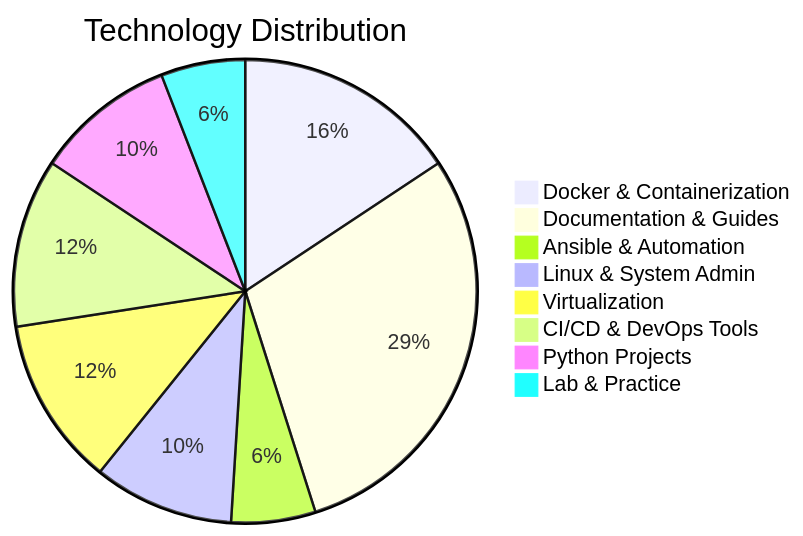
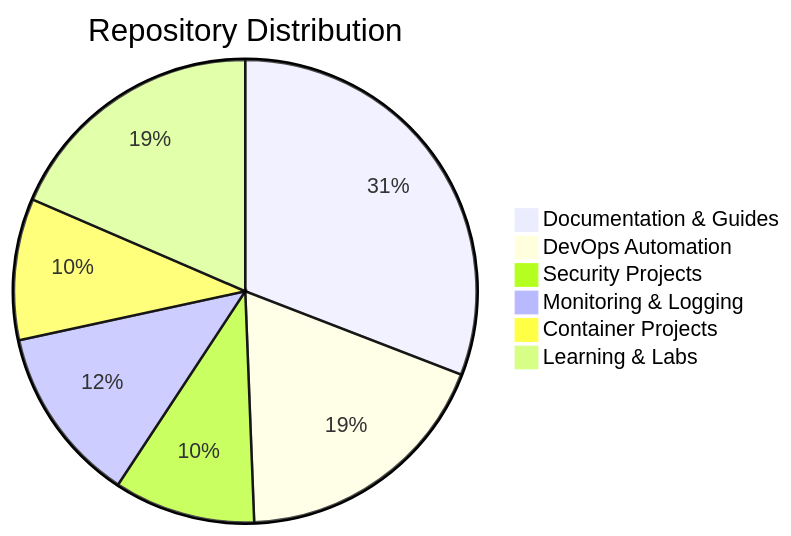
Before and after one commit to saeedmfat/saeedmfat: the diagram in README.md, drawn with Mermaid. The commit also changed other lines of this file, not shown here.

````diff
--- a/README.md
+++ b/README.md
@@ -251,11 +159,9 @@
 ```mermaid
-pie title Technology Distribution
-    "Docker & Containerization" : 8
-    "Documentation & Guides" : 15
-    "Ansible & Automation" : 3
-    "Linux & System Admin" : 5
-    "Virtualization" : 6
-    "CI/CD & DevOps Tools" : 6
-    "Python Projects" : 5
-    "Lab & Practice" : 3
+pie title Repository Distribution
+    "Documentation & Guides" : 25
+    "DevOps Automation" : 15
+    "Security Projects" : 8
+    "Monitoring & Logging" : 10
+    "Container Projects" : 8
+    "Learning & Labs" : 15
 ```
````
